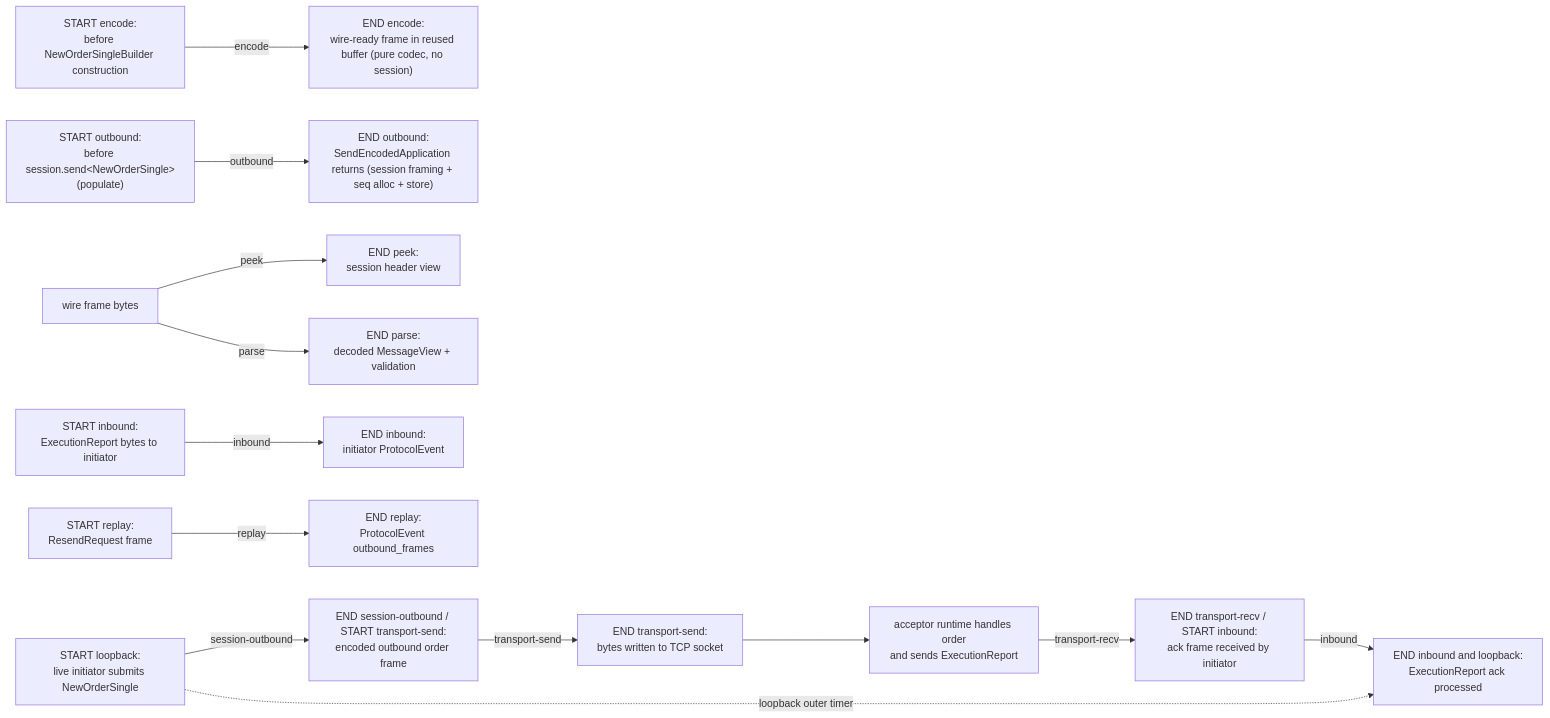
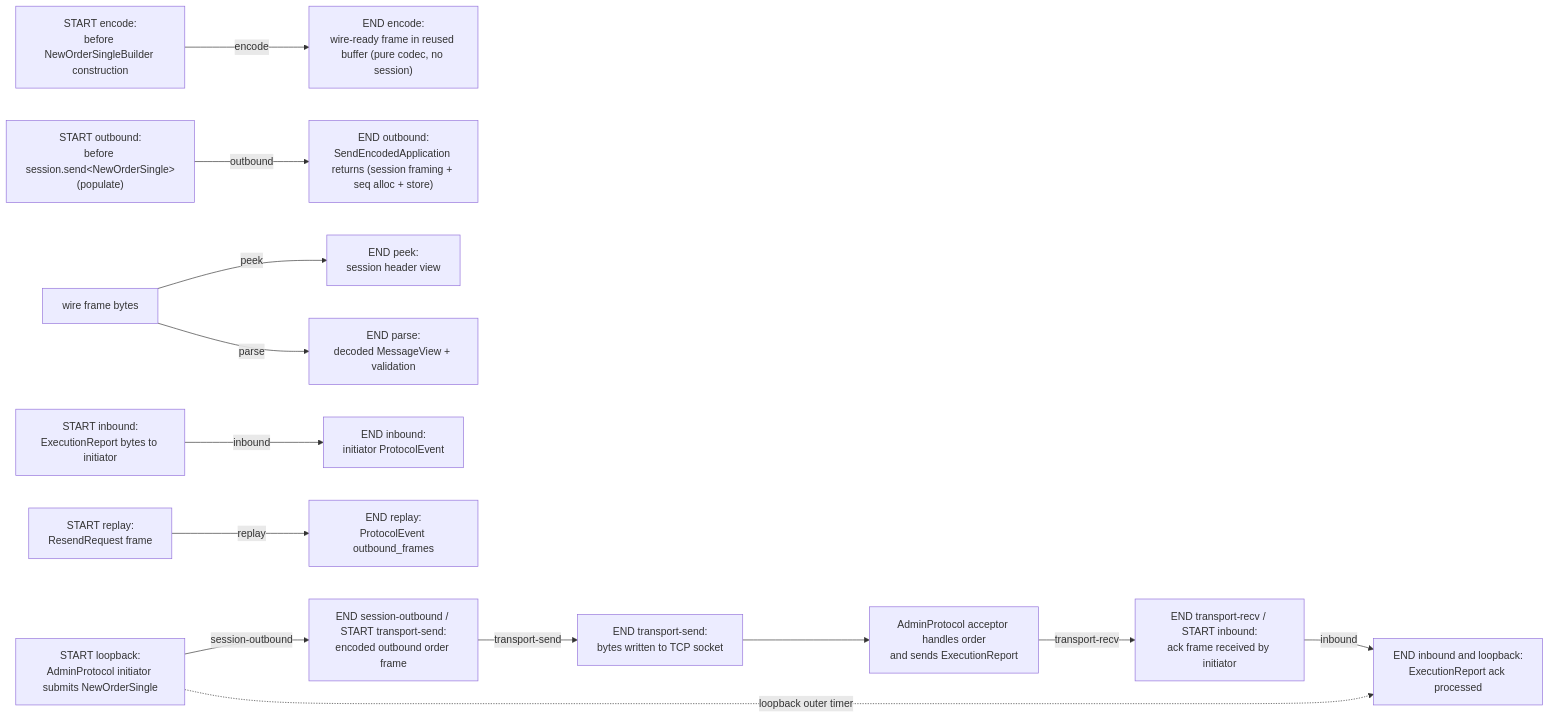
The first of 5 diagrams in bench/README.md (yhwwwwww/nimblefix), drawn with Mermaid before and after one commit. The commit also changed other lines of this file and 43 other files, not shown here.

````diff
--- a/bench/README.md
+++ b/bench/README.md
@@ -60,12 +74,12 @@
 ```mermaid
 flowchart LR
 	SC["START encode:<br/>before NewOrderSingleBuilder construction"] -->|encode| SE["END encode:<br/>wire-ready frame in reused buffer (pure codec, no session)"]
 	OM["START outbound:<br/>before session.send&lt;NewOrderSingle&gt;(populate)"] -->|outbound| OE["END outbound:<br/>SendEncodedApplication returns (session framing + seq alloc + store)"]
 	WF["wire frame bytes"] -->|peek| PH["END peek:<br/>session header view"]
 	WF -->|parse| MV["END parse:<br/>decoded MessageView + validation"]
 	IF["START inbound:<br/>ExecutionReport bytes to initiator"] -->|inbound| PE["END inbound:<br/>initiator ProtocolEvent"]
 	RR["START replay:<br/>ResendRequest frame"] -->|replay| RF["END replay:<br/>ProtocolEvent outbound_frames"]
 
-	LS["START loopback:<br/>live initiator submits NewOrderSingle"] -->|session-outbound| LO["END session-outbound / START transport-send:<br/>encoded outbound order frame"] -->|transport-send| TX["END transport-send:<br/>bytes written to TCP socket"] --> AC["acceptor runtime handles order<br/>and sends ExecutionReport"] -->|transport-recv| RX["END transport-recv / START inbound:<br/>ack frame received by initiator"] -->|inbound| LE["END inbound and loopback:<br/>ExecutionReport ack processed"]
+	LS["START loopback:<br/>AdminProtocol initiator submits NewOrderSingle"] -->|session-outbound| LO["END session-outbound / START transport-send:<br/>encoded outbound order frame"] -->|transport-send| TX["END transport-send:<br/>bytes written to TCP socket"] --> AC["AdminProtocol acceptor handles order<br/>and sends ExecutionReport"] -->|transport-recv| RX["END transport-recv / START inbound:<br/>ack frame received by initiator"] -->|inbound| LE["END inbound and loopback:<br/>ExecutionReport ack processed"]
 	LS -.->|loopback outer timer| LE
 ```
````
